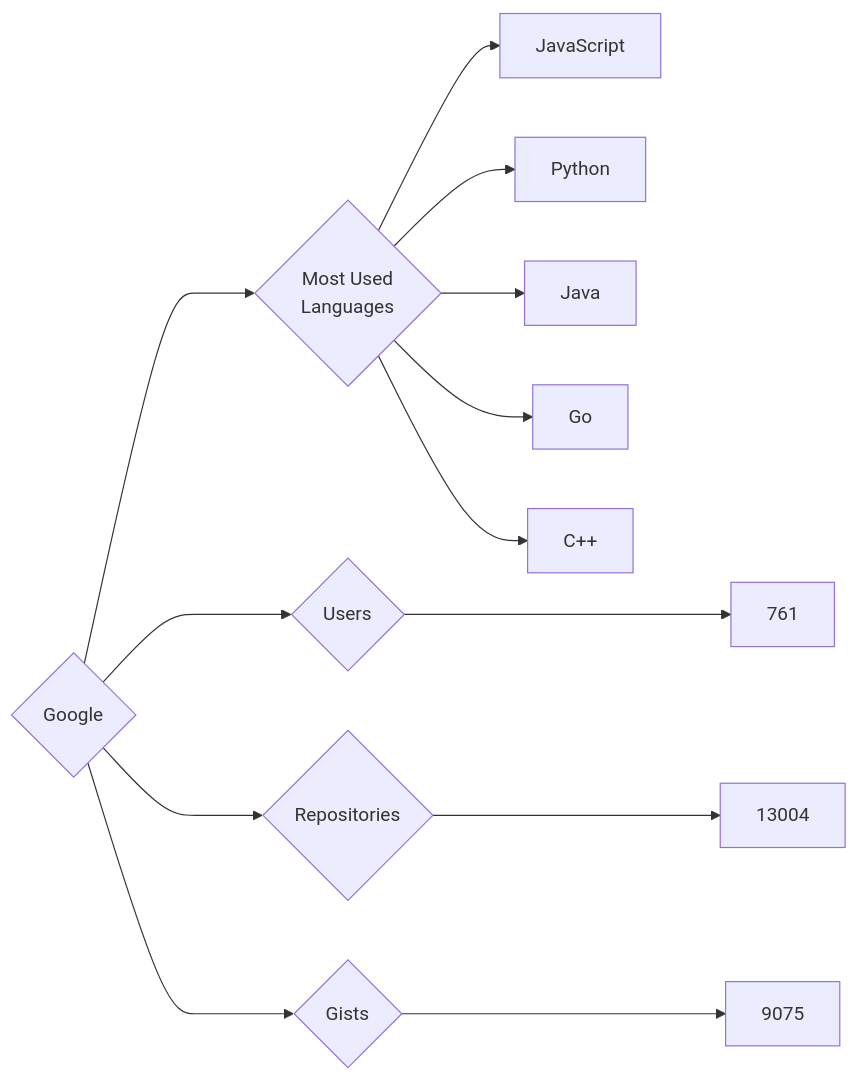
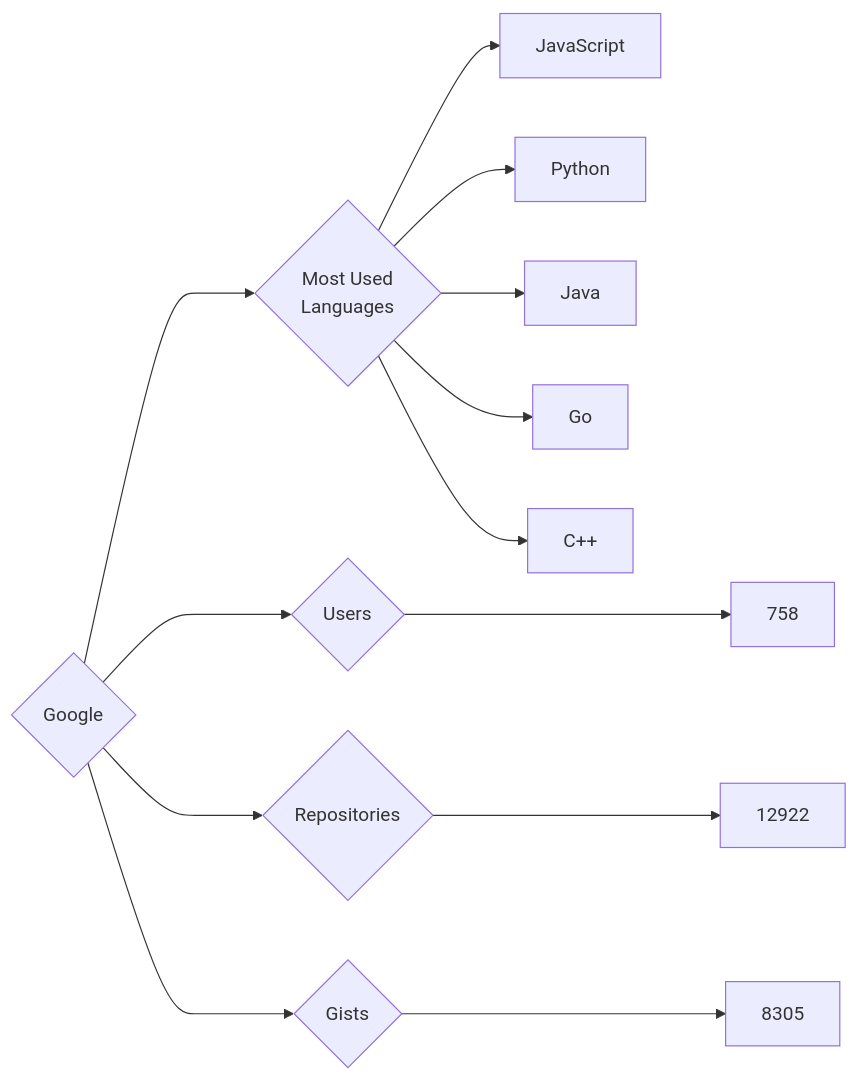
One commit to trickest/insiders changed the diagram in targets/Google/README.md. Above: the diagram before and after it, drawn with Mermaid. The commit also changed 900 other files, not shown here.

````diff
--- a/targets/Google/README.md
+++ b/targets/Google/README.md
@@ -3,13 +3,13 @@
 ```mermaid
 graph LR
 COMPANY_NAME{Google}
-COMPANY_NAME ---> U{Users} ---> UN[761]
-COMPANY_NAME ---> R{Repositories} ---> RN[13004]
-COMPANY_NAME ---> G{Gists} ---> GN[9075]
+COMPANY_NAME ---> U{Users} ---> UN[758]
+COMPANY_NAME ---> R{Repositories} ---> RN[12922]
+COMPANY_NAME ---> G{Gists} ---> GN[8305]
 COMPANY_NAME ---> ML{Most Used<br>Languages}
 ML --> JavaScript[JavaScript]
 ML --> Python[Python]
 ML --> Java[Java]
 ML --> Go[Go]
 ML --> C++[C++]
 ```
````
